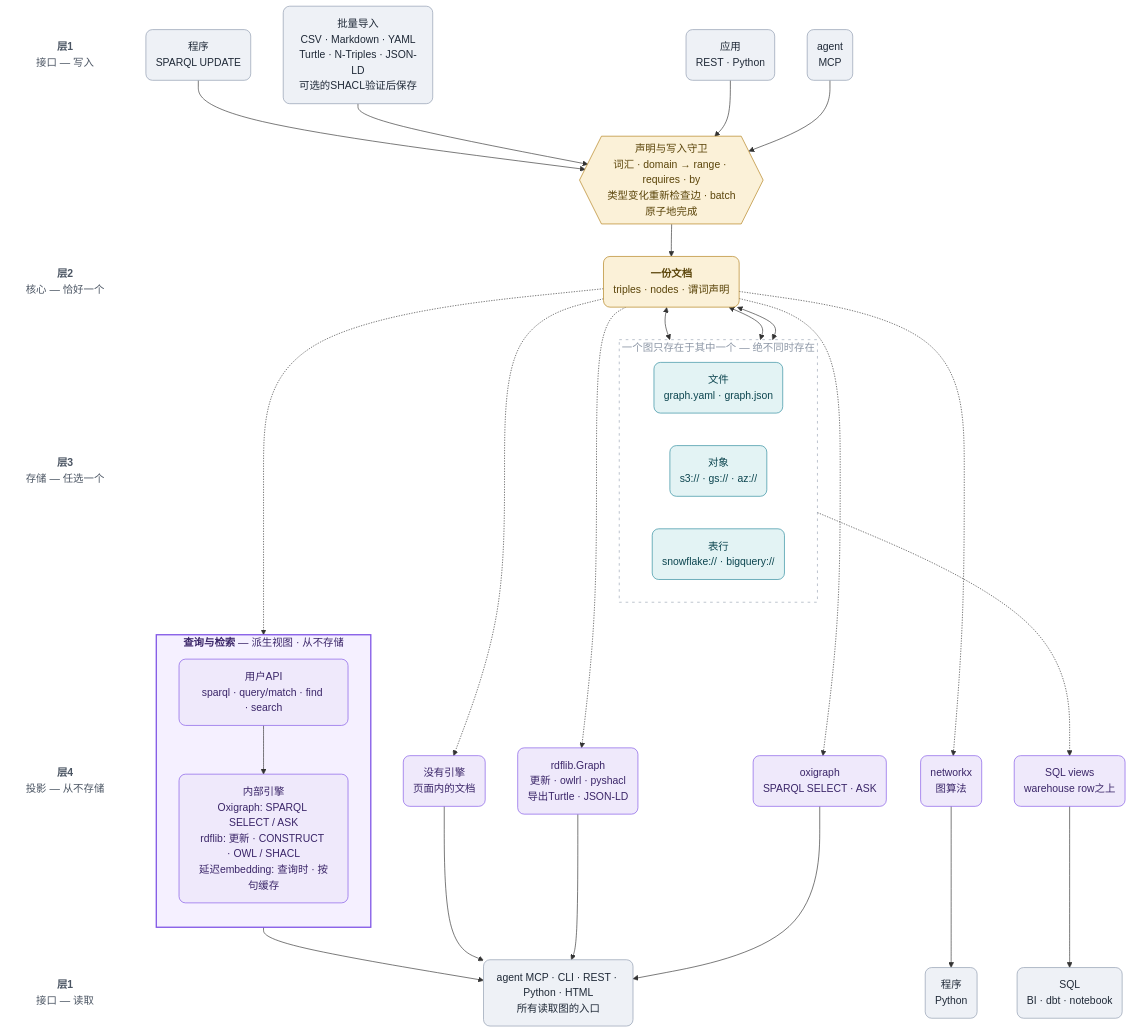
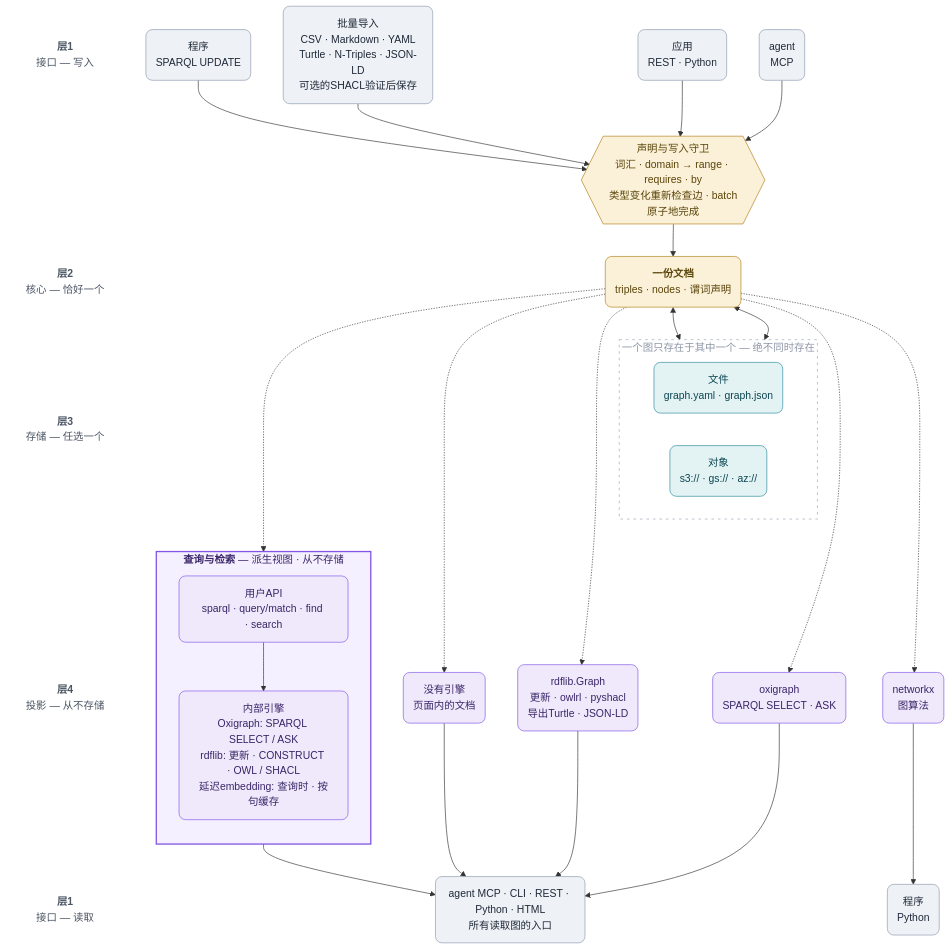
The diagram in docs/ARCHITECTURE_zh.md (RyutoYoda/trikedb), drawn with Mermaid before and after one commit. The commit also changed other lines of this file and 53 other files, not shown here.

First line of the commit message:
Remove warehouse graph-document storage (#65)

````diff
--- a/docs/ARCHITECTURE_zh.md
+++ b/docs/ARCHITECTURE_zh.md
@@ -7,75 +7,68 @@
 ```mermaid
 flowchart TB
     LA["<b>层1</b><br/>接口 — 写入"]
     LG[" "]
     LB["<b>层2</b><br/>核心 — 恰好一个"]
     LC["<b>层3</b><br/>存储 — 任选一个"]
     LD["<b>层4</b><br/>投影 — 从不存储"]
     LE["<b>层1</b><br/>接口 — 读取"]
     LA ~~~ LG ~~~ LB ~~~ LC ~~~ LD ~~~ LE
 
     WA("agent<br/>MCP")
     WC("应用<br/>REST · Python")
     WI("批量导入<br/>CSV · Markdown · YAML<br/>Turtle · N-Triples · JSON-LD<br/>可选的SHACL验证后保存")
     WP("程序<br/>SPARQL UPDATE")
     G{{"声明与写入守卫<br/>词汇 · domain → range · requires · by<br/>类型变化重新检查边 · batch原子地完成"}}
     C("<b>一份文档</b><br/>triples · nodes · 谓词声明")
     subgraph pick["一个图只存在于其中一个 — 绝不同时存在"]
         direction LR
         SF("文件<br/>graph.yaml · graph.json")
         SO("对象<br/>s3:// · gs:// · az://")
-        SW("表行<br/>snowflake:// · bigquery://")
     end
     PO("oxigraph<br/>SPARQL SELECT · ASK")
     PR("rdflib.Graph<br/>更新 · owlrl · pyshacl<br/>导出Turtle · JSON-LD")
     PN("networkx<br/>图算法")
-    PV("SQL views<br/>warehouse row之上")
     PD("没有引擎<br/>页面内的文档")
     subgraph query["<b>查询与检索</b> — 派生视图 · 从不存储"]
         direction TB
         QAPI["用户API<br/>sparql · query/match · find · search"]
         QENG["内部引擎<br/>Oxigraph: SPARQL SELECT / ASK<br/>rdflib: 更新 · CONSTRUCT · OWL / SHACL<br/>延迟embedding: 查询时 · 按句缓存"]
         QAPI --> QENG
     end
     RQ("agent MCP · CLI · REST · Python · HTML<br/>所有读取图的入口")
     RG("程序<br/>Python")
-    RS("SQL<br/>BI · dbt · notebook")
 
     WA --> G
     WC --> G
     WI --> G
     WP --> G
     G --> C
     C <--> SF
     C <--> SO
-    C <--> SW
     SF ~~~ PO
     SF ~~~ PR
     SO ~~~ PN
-    SW -.-> PV
-    SW ~~~ PD
     C -.-> PO
     C -.-> PR
     C -.-> PN
     C -.-> PD
     C -.-> QAPI
     QENG --> RQ
     PO --> RQ
     PR --> RQ
     PN --> RG
-    PV --> RS
     PD --> RQ
 
     style pick fill:none,stroke:#9aa4b3,stroke-width:1px,stroke-dasharray:4 6,color:#8d97a6
     style query fill:#f5f0ff,stroke:#8055e6,stroke-width:2px,color:#3a2568
     classDef lbl fill:none,stroke:none,color:#4b5563
     classDef iface fill:#eef1f6,stroke:#8d9aad,color:#1f2937,rx:10,ry:10
     classDef core fill:#fbf1d8,stroke:#b07d17,color:#5a4409,rx:10,ry:10
     classDef store fill:#e3f3f4,stroke:#2b8a9c,color:#0c454f,rx:10,ry:10
     classDef proj fill:#efe9fb,stroke:#8055e6,color:#3a2568,rx:10,ry:10
     class LA,LG,LB,LC,LD,LE lbl
     class WA,WC,WI,WP,RQ,RG,RS iface
     class C,G core
     class SF,SO,SW store
     class PO,PR,PN,PV,PD,QAPI,QENG proj
 ```
````
